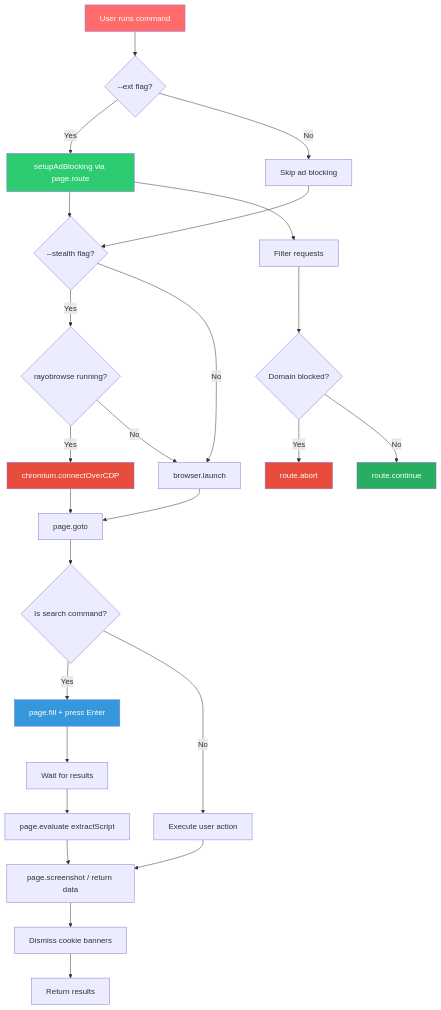
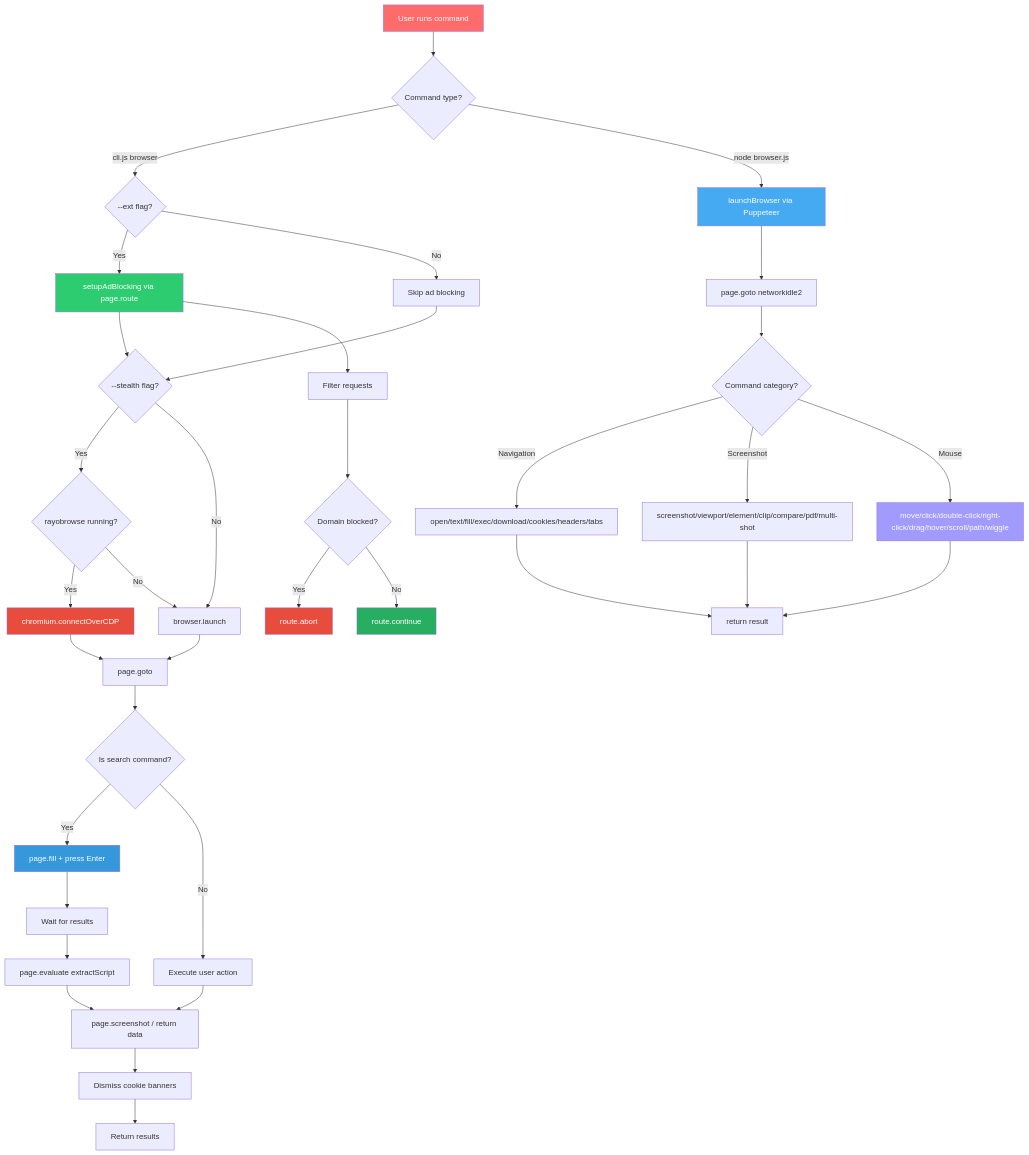
Before and after one commit to marceli1404/system-automation: the seventh of 7 diagrams in README.md, drawn with Mermaid. The commit also changed other lines of this file, not shown here.

Commit message:
Update README: add Puppeteer engine section, dual-engine diagrams, Playwright vs Puppeteer comparison table

````diff
--- a/README.md
+++ b/README.md
@@ -468,34 +600,48 @@
 ```mermaid
 flowchart TD
-    A[User runs command] --> B{--ext flag?}
-    B -->|Yes| C[setupAdBlocking via page.route]
-    B -->|No| D[Skip ad blocking]
-    C --> E{--stealth flag?}
-    D --> E
-    E -->|Yes| F{rayobrowse running?}
-    E -->|No| G[browser.launch]
-    F -->|Yes| H[chromium.connectOverCDP]
-    F -->|No| G
-    H --> I[page.goto]
-    G --> I
-    I --> J{Is search command?}
-    J -->|Yes| K[page.fill + press Enter]
-    J -->|No| L[Execute user action]
-    K --> M[Wait for results]
-    M --> N[page.evaluate extractScript]
-    L --> O[page.screenshot / return data]
-    N --> O
-    C --> P[Filter requests]
-    P --> Q{Domain blocked?}
-    Q -->|Yes| R[route.abort]
-    Q -->|No| S[route.continue]
-    O --> T[Dismiss cookie banners]
-    T --> U[Return results]
+    A[User runs command] --> B{Command type?}
+    
+    B -->|cli.js browser| C{--ext flag?}
+    C -->|Yes| D[setupAdBlocking via page.route]
+    C -->|No| E[Skip ad blocking]
+    D --> F{--stealth flag?}
+    E --> F
+    F -->|Yes| G{rayobrowse running?}
+    F -->|No| H[browser.launch]
+    G -->|Yes| I[chromium.connectOverCDP]
+    G -->|No| H
+    I --> J[page.goto]
+    H --> J
+    J --> K{Is search command?}
+    K -->|Yes| L[page.fill + press Enter]
+    K -->|No| M[Execute user action]
+    L --> N[Wait for results]
+    N --> O[page.evaluate extractScript]
+    M --> P[page.screenshot / return data]
+    O --> P
+    D --> Q[Filter requests]
+    Q --> R{Domain blocked?}
+    R -->|Yes| S[route.abort]
+    R -->|No| T[route.continue]
+    P --> U[Dismiss cookie banners]
+    U --> V[Return results]
+
+    B -->|node browser.js| W[launchBrowser via Puppeteer]
+    W --> X[page.goto networkidle2]
+    X --> Y{Command category?}
+    Y -->|Navigation| Z[open/text/fill/exec/download/cookies/headers/tabs]
+    Y -->|Screenshot| AA[screenshot/viewport/element/clip/compare/pdf/multi-shot]
+    Y -->|Mouse| AB[move/click/double-click/right-click/drag/hover/scroll/path/wiggle]
+    Z --> AC[return result]
+    AA --> AC
+    AB --> AC
 
     style A fill:#ff6b6b,color:white
-    style C fill:#2ecc71,color:white
-    style H fill:#e74c3c,color:white
-    style K fill:#3498db,color:white
-    style R fill:#e74c3c,color:white
-    style S fill:#27ae60,color:white
+    style D fill:#2ecc71,color:white
+    style I fill:#e74c3c,color:white
+    style L fill:#3498db,color:white
+    style S fill:#e74c3c,color:white
+    style T fill:#27ae60,color:white
+    style W fill:#45aaf2,color:white
+    style AB fill:#a29bfe,color:white
 ```
````
